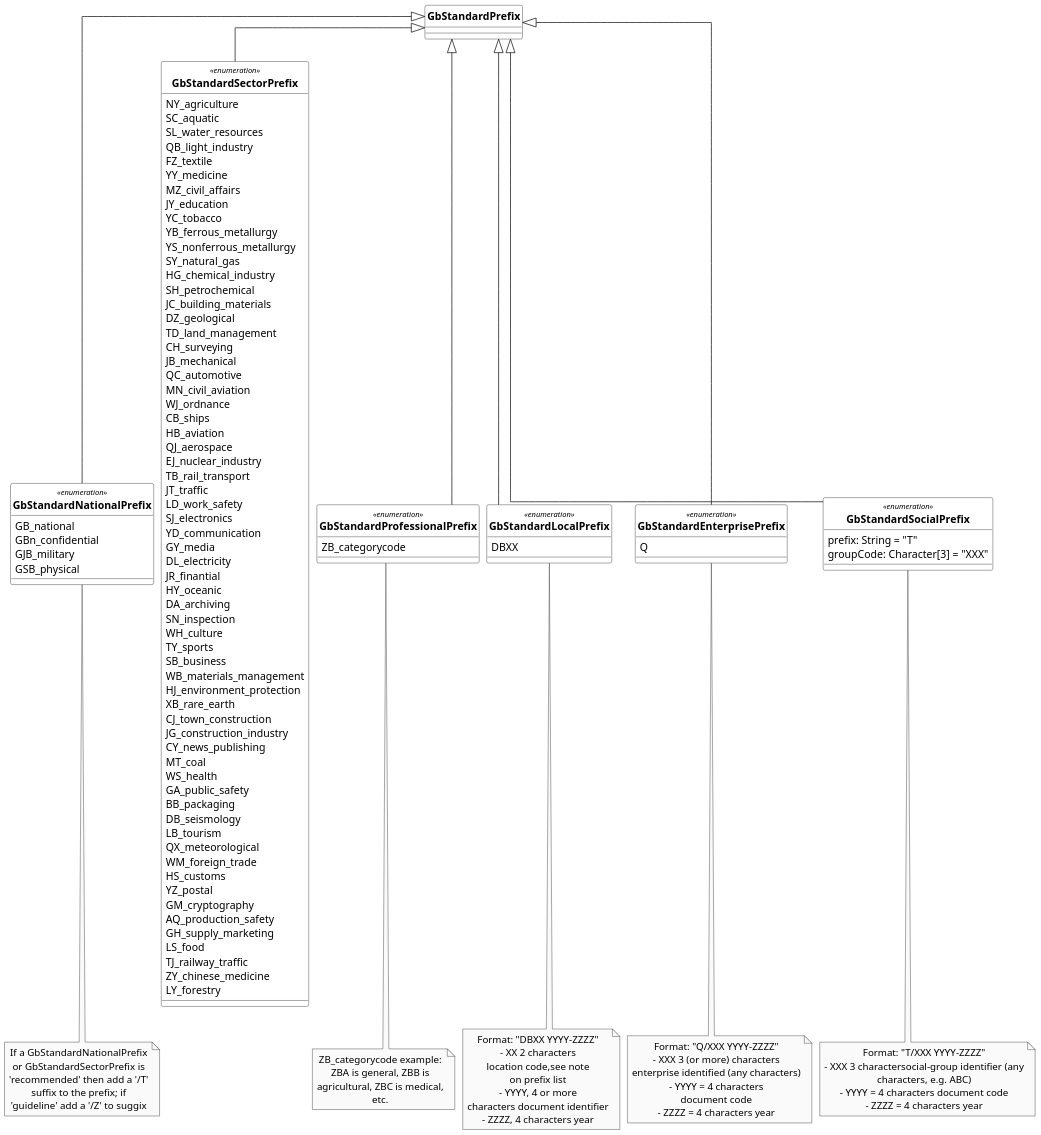
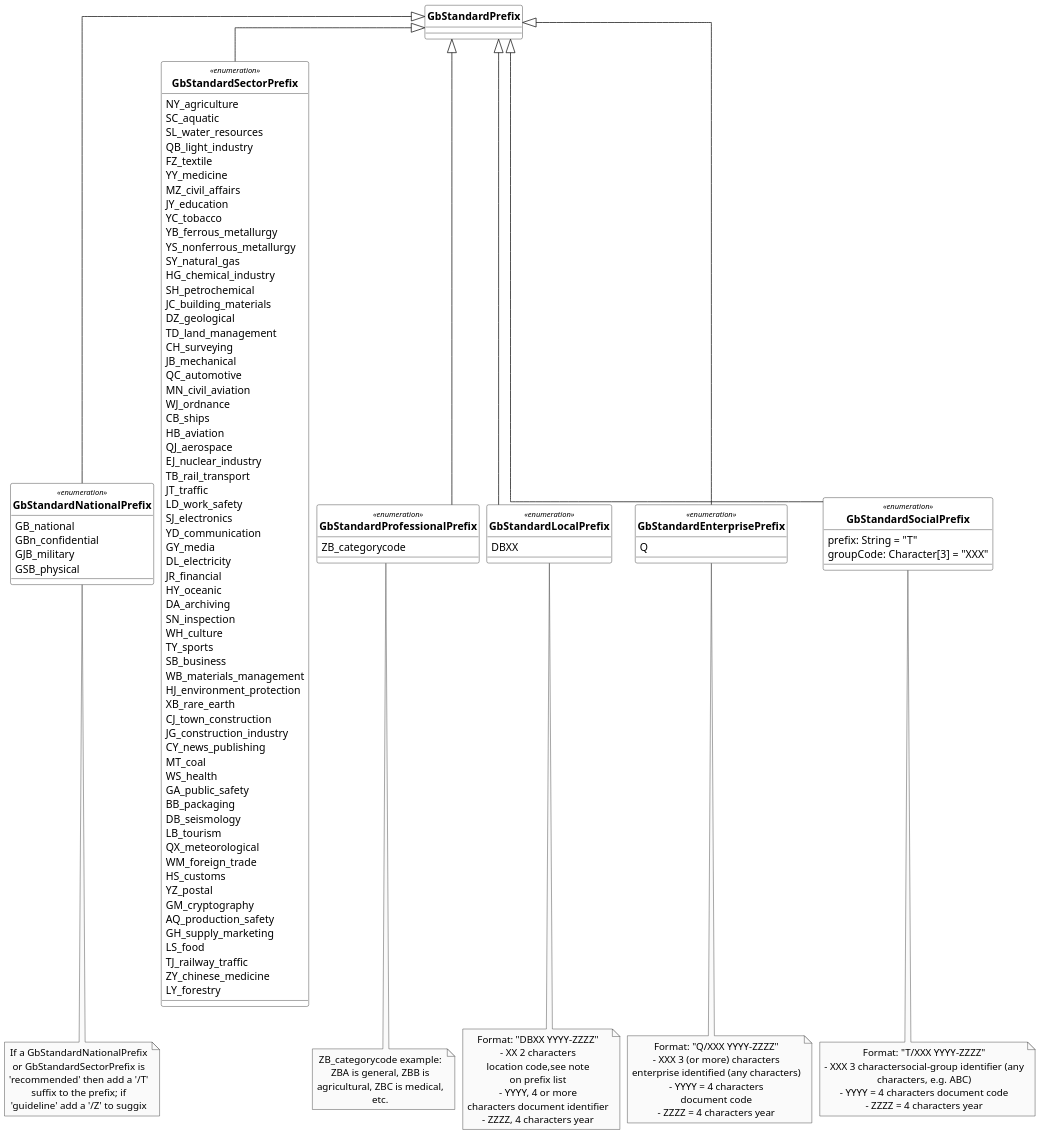
Before and after one commit to metanorma/standoc-models: the diagram in gb/models/GbDoc-GbStandardPrefix.wsd, drawn with PlantUML. The commit also changed 1 other file, not shown here.

```diff
--- a/gb/models/GbDoc-GbStandardPrefix.wsd
+++ b/gb/models/GbDoc-GbStandardPrefix.wsd
@@ -1,161 +1,161 @@
 @startuml GbDoc_GbStandardPrefix
 /'
 Diagram:        GbDoc_GbStandardPrefix
 DateCreate:     23/08/2018
 Description:    This is where we keep the Metanorma GbDoc model definitions.
                 The GbDoc format is an instance of the Metanorma IsoDoc model.
                 Details of the parent model can be found on its page.
 
 Hystory of changes:
 > 31/08/2018
     - Enumeration type GbStandardSocialPrefix has been updated. plus sign as a prefix has been removed from all items in the enumeration
 '/
 
 '******* CONFIGURATION ************************************************
 skinparam classAttributeIconSize 0
 skinparam Dpi 150
 skinparam Monochrome true
 skinparam LineType ortho
 skinparam nodesep 10
 skinparam ranksep 30
 hide circle
 /' skinparam CircledCharacterRadius 0 '/
 /' skinparam CircledCharacterFontSize 0 '/
 skinparam Default {
 TextAlignment center
 FontName Helvetica
 }
 skinparam Class {
 AttributeIconSize 0
 BackgroundColor White
 FontStyle bold
 StereotypeFontSize 10
 }
 skinparam Rectangle {
 BackgroundColor White
 FontStyle bold
 FontSize 11
 StereotypeFontSize 10
 }
 skinparam Object {
 BackgroundColor White
 FontStyle bold
 FontSize 11
 StereotypeFontSize 10
 }
 
 skinparam Entity {
 StereotypeFontSize 10
 }
 
 '******* CLASS DEFINITION *********************************************
 class GbStandardPrefix {
 
 }
 
 enum GbStandardNationalPrefix <<enumeration>>{
     GB_national
     GBn_confidential
     GJB_military
     GSB_physical
 }
 
 enum GbStandardSectorPrefix <<enumeration>>{
     NY_agriculture
     SC_aquatic
     SL_water_resources
     QB_light_industry
     FZ_textile
     YY_medicine
     MZ_civil_affairs
     JY_education
     YC_tobacco
     YB_ferrous_metallurgy
     YS_nonferrous_metallurgy
     SY_natural_gas
     HG_chemical_industry
     SH_petrochemical
     JC_building_materials
     DZ_geological
     TD_land_management
     CH_surveying
     JB_mechanical
     QC_automotive
     MN_civil_aviation
     WJ_ordnance
     CB_ships
     HB_aviation
     QJ_aerospace
     EJ_nuclear_industry
     TB_rail_transport
     JT_traffic
     LD_work_safety
     SJ_electronics
     YD_communication
     GY_media
     DL_electricity
-    JR_finantial
+    JR_financial
     HY_oceanic
     DA_archiving
     SN_inspection
     WH_culture
     TY_sports
     SB_business
     WB_materials_management
     HJ_environment_protection
     XB_rare_earth
     CJ_town_construction
     JG_construction_industry
     CY_news_publishing
     MT_coal
     WS_health
     GA_public_safety
     BB_packaging
     DB_seismology
     LB_tourism
     QX_meteorological
     WM_foreign_trade
     HS_customs
     YZ_postal
     GM_cryptography
     AQ_production_safety
     GH_supply_marketing
     LS_food
     TJ_railway_traffic
     ZY_chinese_medicine
     LY_forestry
 }
 
 enum GbStandardProfessionalPrefix <<enumeration>>{
     ZB_categorycode
 }
 
 enum GbStandardLocalPrefix <<enumeration>>{
     DBXX
 }
 
 enum GbStandardEnterprisePrefix <<enumeration>>{
     Q
 }
 
 enum GbStandardSocialPrefix <<enumeration>>{
     prefix: String = "T"
     groupCode: Character[3] = "XXX"
 }
 
 '******* NOTES ********************************************************
 note bottom of GbStandardNationalPrefix: If a GbStandardNationalPrefix\nor GbStandardSectorPrefix is\n'recommended' then add a '/T'\nsuffix to the prefix; if\n'guideline' add a '/Z' to suggix
 note bottom of GbStandardProfessionalPrefix: ZB_categorycode example:\nZBA is general, ZBB is\nagricultural, ZBC is medical,\netc.
 note bottom of GbStandardLocalPrefix: Format: "DBXX YYYY-ZZZZ"\n- XX 2 characters\nlocation code,see note\non prefix list\n- YYYY, 4 or more\ncharacters document identifier\n- ZZZZ, 4 characters year
 note bottom of GbStandardEnterprisePrefix: Format: "Q/XXX YYYY-ZZZZ"\n- XXX 3 (or more) characters\nenterprise identified (any characters)\n- YYYY = 4 characters\ndocument code\n- ZZZZ = 4 characters year
 note bottom of GbStandardSocialPrefix: Format: "T/XXX YYYY-ZZZZ"\n- XXX 3 characters\social-group identifier (any\ncharacters, e.g. ABC)\n- YYYY = 4 characters document code\n- ZZZZ = 4 characters year
 
 '******* CLASS RELATIONS **********************************************
 GbStandardPrefix <|-- GbStandardNationalPrefix
 GbStandardPrefix <|-- GbStandardSectorPrefix
 GbStandardPrefix <|-- GbStandardProfessionalPrefix
 GbStandardPrefix <|-- GbStandardLocalPrefix
 GbStandardPrefix <|-- GbStandardEnterprisePrefix
 GbStandardPrefix <|-- GbStandardSocialPrefix
 
 @enduml
```
